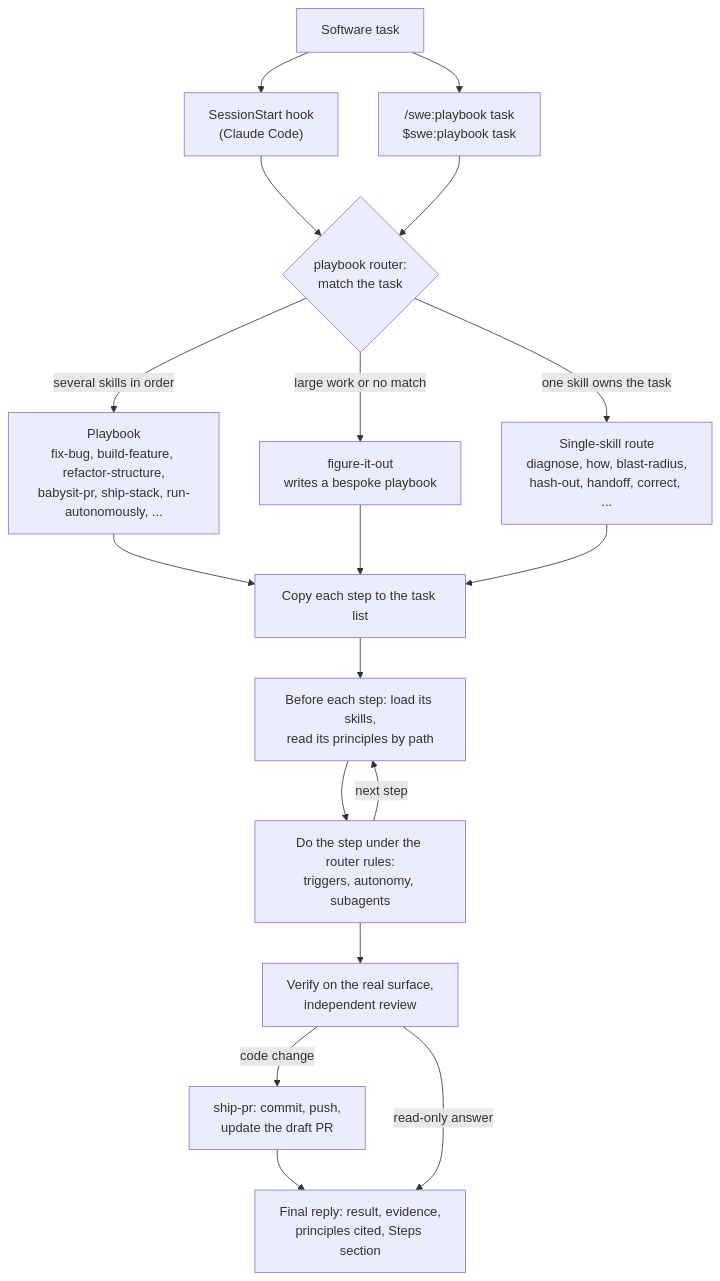
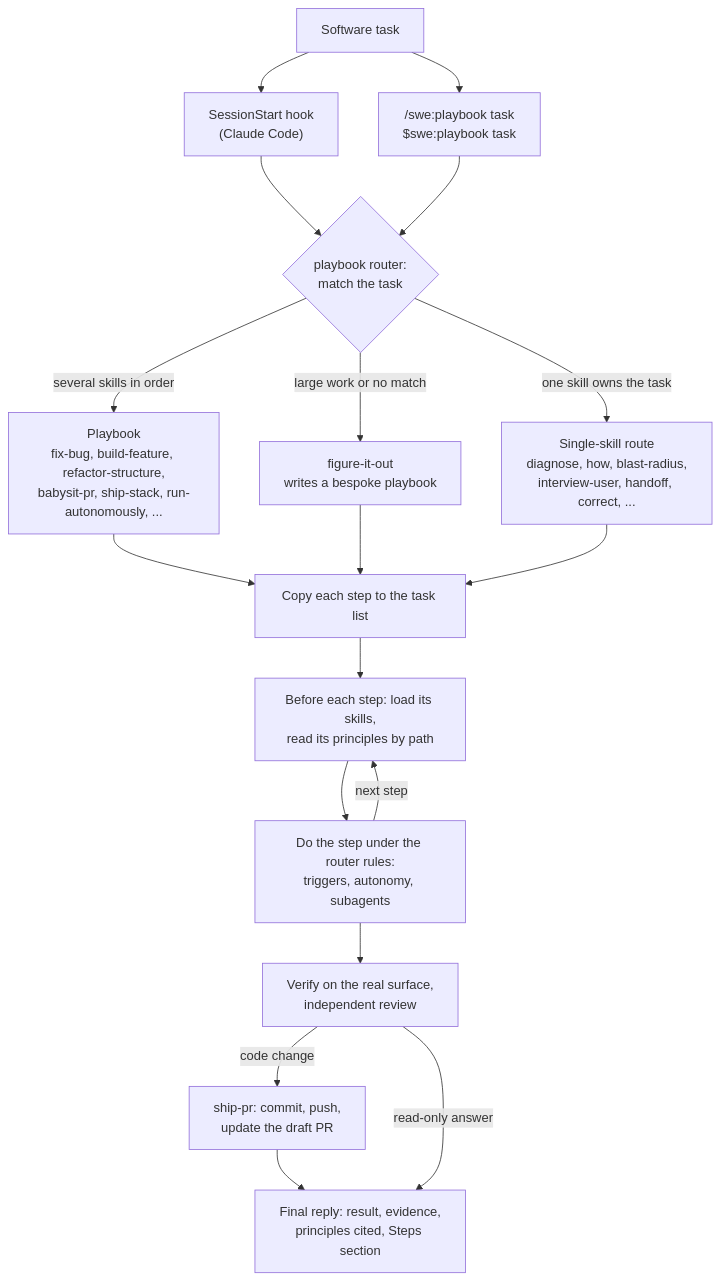
Before and after one commit to kpeez/agent-toolbox: the diagram in README.md, drawn with Mermaid. The commit also changed 39 other files, not shown here.

Commit message:
feat(swe): one writing hub skill and interview-user (#176)

````diff
--- a/README.md
+++ b/README.md
@@ -43,27 +43,27 @@
 ```mermaid
 flowchart TD
   task["Software task"]
   hook["SessionStart hook<br/>(Claude Code)"]
   typed["/swe:playbook task<br/>$swe:playbook task"]
   router{"playbook router:<br/>match the task"}
   pb["Playbook<br/>fix-bug, build-feature, refactor-structure,<br/>babysit-pr, ship-stack, run-autonomously, ..."]
   fio["figure-it-out<br/>writes a bespoke playbook"]
-  route["Single-skill route<br/>diagnose, how, blast-radius,<br/>hash-out, handoff, correct, ..."]
+  route["Single-skill route<br/>diagnose, how, blast-radius,<br/>interview-user, handoff, correct, ..."]
   steps["Copy each step to the task list"]
   load["Before each step: load its skills,<br/>read its principles by path"]
   work["Do the step under the router rules:<br/>triggers, autonomy, subagents"]
   verify["Verify on the real surface,<br/>independent review"]
   ship["ship-pr: commit, push,<br/>update the draft PR"]
   reply["Final reply: result, evidence,<br/>principles cited, Steps section"]
 
   task --> hook --> router
   task --> typed --> router
   router -- "several skills in order" --> pb --> steps
   router -- "large work or no match" --> fio --> steps
   router -- "one skill owns the task" --> route --> steps
   steps --> load --> work
   work -- "next step" --> load
   work --> verify
   verify -- "code change" --> ship --> reply
   verify -- "read-only answer" --> reply
 ```
````
